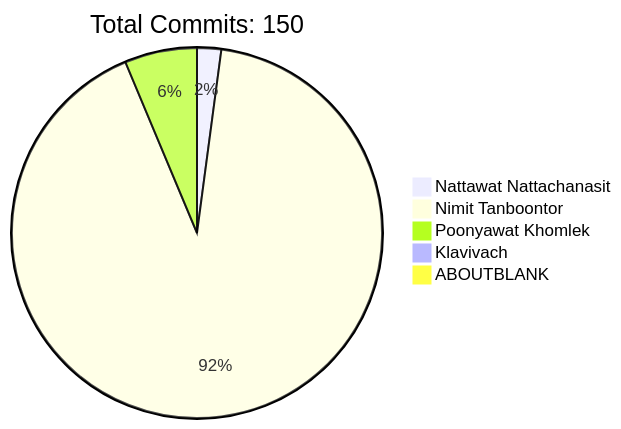
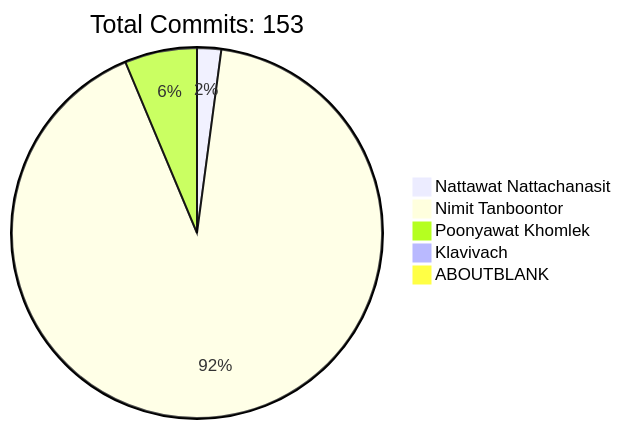
The diagram in README.md (HLLC-MFU/HLLC-2025), drawn with Mermaid before and after one commit. The commit also changed other lines of this file, not shown here.

````diff
--- a/README.md
+++ b/README.md
@@ -170,9 +170,9 @@
 ```mermaid
 pie
-    title Total Commits: 150
+    title Total Commits: 153
     "Nattawat Nattachanasit" : 2
     "Nimit Tanboontor" : 87
     "Poonyawat Khomlek" : 6
     "Klavivach" : 0
     "ABOUTBLANK" : 0
 ```
````
